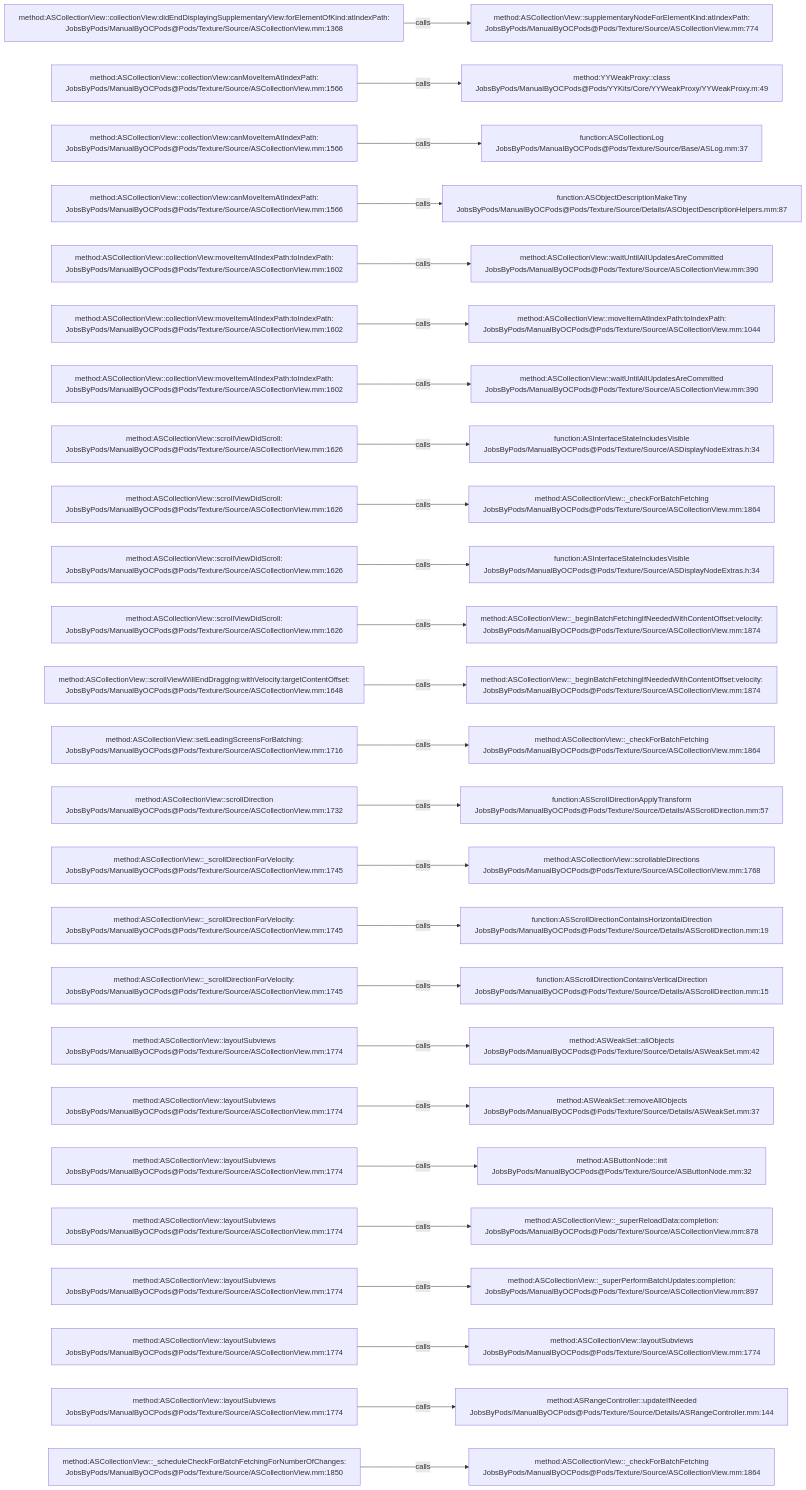
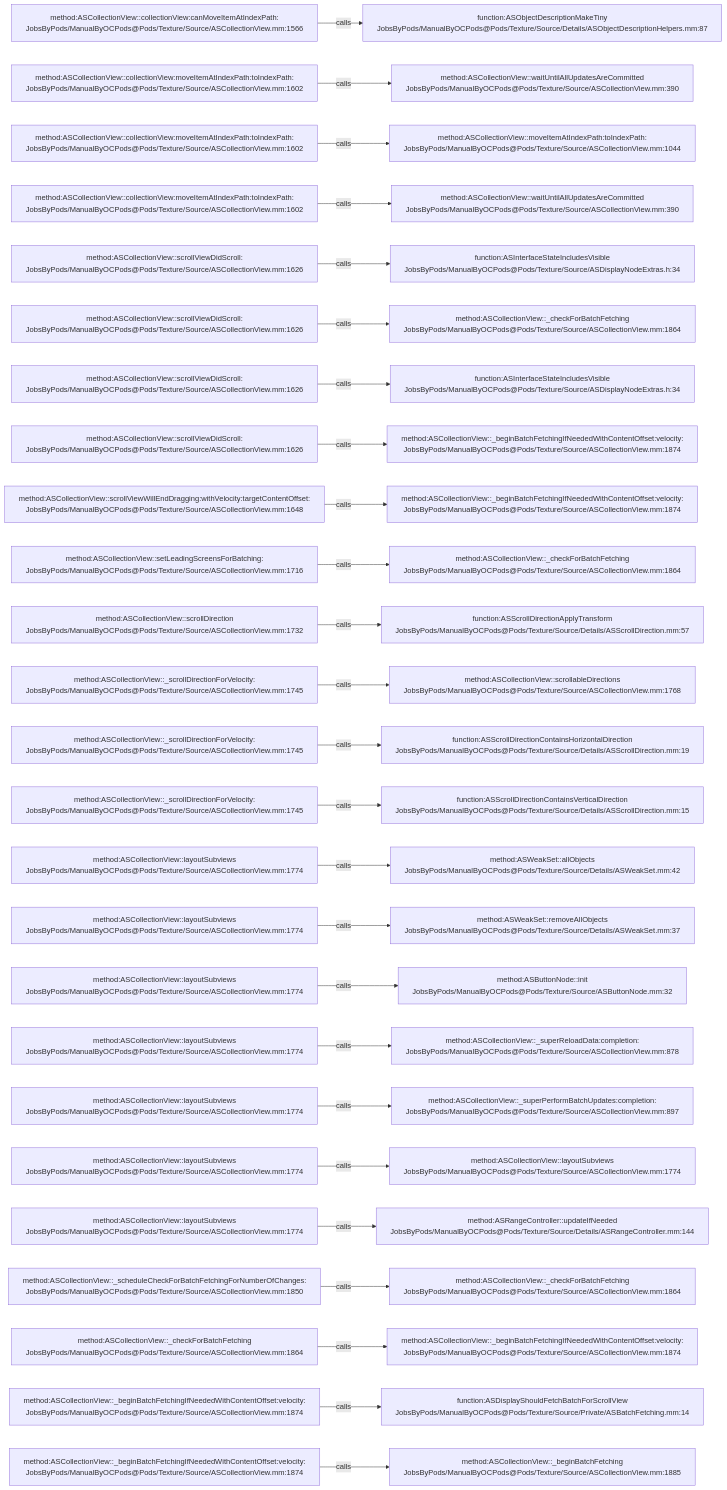
Before and after one commit to JobsKits/JobsOCBaseConfigDemo: the diagram in .codegraph/codegraph.md/graphs/calls-084.md, drawn with Mermaid. The commit also changed 342 other files, not shown here.

````diff
--- a/.codegraph/codegraph.md/graphs/calls-084.md
+++ b/.codegraph/codegraph.md/graphs/calls-084.md
@@ -13,78 +13,78 @@
 ```mermaid
 flowchart LR
-  S1["method:ASCollectionView::collectionView:didEndDisplayingSupplementaryView:forElementOfKind:atIndexPath:<br/>JobsByPods/ManualByOCPods@Pods/Texture/Source/ASCollectionView.mm:1368"]
-  T1["method:ASCollectionView::supplementaryNodeForElementKind:atIndexPath:<br/>JobsByPods/ManualByOCPods@Pods/Texture/Source/ASCollectionView.mm:774"]
+  S1["method:ASCollectionView::collectionView:canMoveItemAtIndexPath:<br/>JobsByPods/ManualByOCPods@Pods/Texture/Source/ASCollectionView.mm:1566"]
+  T1["function:ASObjectDescriptionMakeTiny<br/>JobsByPods/ManualByOCPods@Pods/Texture/Source/Details/ASObjectDescriptionHelpers.mm:87"]
   S1 -->|calls| T1
-  S2["method:ASCollectionView::collectionView:canMoveItemAtIndexPath:<br/>JobsByPods/ManualByOCPods@Pods/Texture/Source/ASCollectionView.mm:1566"]
-  T2["method:YYWeakProxy::class<br/>JobsByPods/ManualByOCPods@Pods/YYKits/Core/YYWeakProxy/YYWeakProxy.m:49"]
+  S2["method:ASCollectionView::collectionView:moveItemAtIndexPath:toIndexPath:<br/>JobsByPods/ManualByOCPods@Pods/Texture/Source/ASCollectionView.mm:1602"]
+  T2["method:ASCollectionView::waitUntilAllUpdatesAreCommitted<br/>JobsByPods/ManualByOCPods@Pods/Texture/Source/ASCollectionView.mm:390"]
   S2 -->|calls| T2
-  S3["method:ASCollectionView::collectionView:canMoveItemAtIndexPath:<br/>JobsByPods/ManualByOCPods@Pods/Texture/Source/ASCollectionView.mm:1566"]
-  T3["function:ASCollectionLog<br/>JobsByPods/ManualByOCPods@Pods/Texture/Source/Base/ASLog.mm:37"]
+  S3["method:ASCollectionView::collectionView:moveItemAtIndexPath:toIndexPath:<br/>JobsByPods/ManualByOCPods@Pods/Texture/Source/ASCollectionView.mm:1602"]
+  T3["method:ASCollectionView::moveItemAtIndexPath:toIndexPath:<br/>JobsByPods/ManualByOCPods@Pods/Texture/Source/ASCollectionView.mm:1044"]
   S3 -->|calls| T3
-  S4["method:ASCollectionView::collectionView:canMoveItemAtIndexPath:<br/>JobsByPods/ManualByOCPods@Pods/Texture/Source/ASCollectionView.mm:1566"]
-  T4["function:ASObjectDescriptionMakeTiny<br/>JobsByPods/ManualByOCPods@Pods/Texture/Source/Details/ASObjectDescriptionHelpers.mm:87"]
+  S4["method:ASCollectionView::collectionView:moveItemAtIndexPath:toIndexPath:<br/>JobsByPods/ManualByOCPods@Pods/Texture/Source/ASCollectionView.mm:1602"]
+  T4["method:ASCollectionView::waitUntilAllUpdatesAreCommitted<br/>JobsByPods/ManualByOCPods@Pods/Texture/Source/ASCollectionView.mm:390"]
   S4 -->|calls| T4
-  S5["method:ASCollectionView::collectionView:moveItemAtIndexPath:toIndexPath:<br/>JobsByPods/ManualByOCPods@Pods/Texture/Source/ASCollectionView.mm:1602"]
-  T5["method:ASCollectionView::waitUntilAllUpdatesAreCommitted<br/>JobsByPods/ManualByOCPods@Pods/Texture/Source/ASCollectionView.mm:390"]
+  S5["method:ASCollectionView::scrollViewDidScroll:<br/>JobsByPods/ManualByOCPods@Pods/Texture/Source/ASCollectionView.mm:1626"]
+  T5["function:ASInterfaceStateIncludesVisible<br/>JobsByPods/ManualByOCPods@Pods/Texture/Source/ASDisplayNodeExtras.h:34"]
   S5 -->|calls| T5
-  S6["method:ASCollectionView::collectionView:moveItemAtIndexPath:toIndexPath:<br/>JobsByPods/ManualByOCPods@Pods/Texture/Source/ASCollectionView.mm:1602"]
-  T6["method:ASCollectionView::moveItemAtIndexPath:toIndexPath:<br/>JobsByPods/ManualByOCPods@Pods/Texture/Source/ASCollectionView.mm:1044"]
+  S6["method:ASCollectionView::scrollViewDidScroll:<br/>JobsByPods/ManualByOCPods@Pods/Texture/Source/ASCollectionView.mm:1626"]
+  T6["method:ASCollectionView::_checkForBatchFetching<br/>JobsByPods/ManualByOCPods@Pods/Texture/Source/ASCollectionView.mm:1864"]
   S6 -->|calls| T6
-  S7["method:ASCollectionView::collectionView:moveItemAtIndexPath:toIndexPath:<br/>JobsByPods/ManualByOCPods@Pods/Texture/Source/ASCollectionView.mm:1602"]
-  T7["method:ASCollectionView::waitUntilAllUpdatesAreCommitted<br/>JobsByPods/ManualByOCPods@Pods/Texture/Source/ASCollectionView.mm:390"]
+  S7["method:ASCollectionView::scrollViewDidScroll:<br/>JobsByPods/ManualByOCPods@Pods/Texture/Source/ASCollectionView.mm:1626"]
+  T7["function:ASInterfaceStateIncludesVisible<br/>JobsByPods/ManualByOCPods@Pods/Texture/Source/ASDisplayNodeExtras.h:34"]
   S7 -->|calls| T7
   S8["method:ASCollectionView::scrollViewDidScroll:<br/>JobsByPods/ManualByOCPods@Pods/Texture/Source/ASCollectionView.mm:1626"]
-  T8["function:ASInterfaceStateIncludesVisible<br/>JobsByPods/ManualByOCPods@Pods/Texture/Source/ASDisplayNodeExtras.h:34"]
+  T8["method:ASCollectionView::_beginBatchFetchingIfNeededWithContentOffset:velocity:<br/>JobsByPods/ManualByOCPods@Pods/Texture/Source/ASCollectionView.mm:1874"]
   S8 -->|calls| T8
-  S9["method:ASCollectionView::scrollViewDidScroll:<br/>JobsByPods/ManualByOCPods@Pods/Texture/Source/ASCollectionView.mm:1626"]
-  T9["method:ASCollectionView::_checkForBatchFetching<br/>JobsByPods/ManualByOCPods@Pods/Texture/Source/ASCollectionView.mm:1864"]
+  S9["method:ASCollectionView::scrollViewWillEndDragging:withVelocity:targetContentOffset:<br/>JobsByPods/ManualByOCPods@Pods/Texture/Source/ASCollectionView.mm:1648"]
+  T9["method:ASCollectionView::_beginBatchFetchingIfNeededWithContentOffset:velocity:<br/>JobsByPods/ManualByOCPods@Pods/Texture/Source/ASCollectionView.mm:1874"]
   S9 -->|calls| T9
-  S10["method:ASCollectionView::scrollViewDidScroll:<br/>JobsByPods/ManualByOCPods@Pods/Texture/Source/ASCollectionView.mm:1626"]
-  T10["function:ASInterfaceStateIncludesVisible<br/>JobsByPods/ManualByOCPods@Pods/Texture/Source/ASDisplayNodeExtras.h:34"]
+  S10["method:ASCollectionView::setLeadingScreensForBatching:<br/>JobsByPods/ManualByOCPods@Pods/Texture/Source/ASCollectionView.mm:1716"]
+  T10["method:ASCollectionView::_checkForBatchFetching<br/>JobsByPods/ManualByOCPods@Pods/Texture/Source/ASCollectionView.mm:1864"]
   S10 -->|calls| T10
-  S11["method:ASCollectionView::scrollViewDidScroll:<br/>JobsByPods/ManualByOCPods@Pods/Texture/Source/ASCollectionView.mm:1626"]
-  T11["method:ASCollectionView::_beginBatchFetchingIfNeededWithContentOffset:velocity:<br/>JobsByPods/ManualByOCPods@Pods/Texture/Source/ASCollectionView.mm:1874"]
+  S11["method:ASCollectionView::scrollDirection<br/>JobsByPods/ManualByOCPods@Pods/Texture/Source/ASCollectionView.mm:1732"]
+  T11["function:ASScrollDirectionApplyTransform<br/>JobsByPods/ManualByOCPods@Pods/Texture/Source/Details/ASScrollDirection.mm:57"]
   S11 -->|calls| T11
-  S12["method:ASCollectionView::scrollViewWillEndDragging:withVelocity:targetContentOffset:<br/>JobsByPods/ManualByOCPods@Pods/Texture/Source/ASCollectionView.mm:1648"]
-  T12["method:ASCollectionView::_beginBatchFetchingIfNeededWithContentOffset:velocity:<br/>JobsByPods/ManualByOCPods@Pods/Texture/Source/ASCollectionView.mm:1874"]
+  S12["method:ASCollectionView::_scrollDirectionForVelocity:<br/>JobsByPods/ManualByOCPods@Pods/Texture/Source/ASCollectionView.mm:1745"]
+  T12["method:ASCollectionView::scrollableDirections<br/>JobsByPods/ManualByOCPods@Pods/Texture/Source/ASCollectionView.mm:1768"]
   S12 -->|calls| T12
-  S13["method:ASCollectionView::setLeadingScreensForBatching:<br/>JobsByPods/ManualByOCPods@Pods/Texture/Source/ASCollectionView.mm:1716"]
-  T13["method:ASCollectionView::_checkForBatchFetching<br/>JobsByPods/ManualByOCPods@Pods/Texture/Source/ASCollectionView.mm:1864"]
+  S13["method:ASCollectionView::_scrollDirectionForVelocity:<br/>JobsByPods/ManualByOCPods@Pods/Texture/Source/ASCollectionView.mm:1745"]
+  T13["function:ASScrollDirectionContainsHorizontalDirection<br/>JobsByPods/ManualByOCPods@Pods/Texture/Source/Details/ASScrollDirection.mm:19"]
   S13 -->|calls| T13
-  S14["method:ASCollectionView::scrollDirection<br/>JobsByPods/ManualByOCPods@Pods/Texture/Source/ASCollectionView.mm:1732"]
-  T14["function:ASScrollDirectionApplyTransform<br/>JobsByPods/ManualByOCPods@Pods/Texture/Source/Details/ASScrollDirection.mm:57"]
+  S14["method:ASCollectionView::_scrollDirectionForVelocity:<br/>JobsByPods/ManualByOCPods@Pods/Texture/Source/ASCollectionView.mm:1745"]
+  T14["function:ASScrollDirectionContainsVerticalDirection<br/>JobsByPods/ManualByOCPods@Pods/Texture/Source/Details/ASScrollDirection.mm:15"]
   S14 -->|calls| T14
-  S15["method:ASCollectionView::_scrollDirectionForVelocity:<br/>JobsByPods/ManualByOCPods@Pods/Texture/Source/ASCollectionView.mm:1745"]
-  T15["method:ASCollectionView::scrollableDirections<br/>JobsByPods/ManualByOCPods@Pods/Texture/Source/ASCollectionView.mm:1768"]
+  S15["method:ASCollectionView::layoutSubviews<br/>JobsByPods/ManualByOCPods@Pods/Texture/Source/ASCollectionView.mm:1774"]
+  T15["method:ASWeakSet::allObjects<br/>JobsByPods/ManualByOCPods@Pods/Texture/Source/Details/ASWeakSet.mm:42"]
   S15 -->|calls| T15
-  S16["method:ASCollectionView::_scrollDirectionForVelocity:<br/>JobsByPods/ManualByOCPods@Pods/Texture/Source/ASCollectionView.mm:1745"]
-  T16["function:ASScrollDirectionContainsHorizontalDirection<br/>JobsByPods/ManualByOCPods@Pods/Texture/Source/Details/ASScrollDirection.mm:19"]
+  S16["method:ASCollectionView::layoutSubviews<br/>JobsByPods/ManualByOCPods@Pods/Texture/Source/ASCollectionView.mm:1774"]
+  T16["method:ASWeakSet::removeAllObjects<br/>JobsByPods/ManualByOCPods@Pods/Texture/Source/Details/ASWeakSet.mm:37"]
   S16 -->|calls| T16
-  S17["method:ASCollectionView::_scrollDirectionForVelocity:<br/>JobsByPods/ManualByOCPods@Pods/Texture/Source/ASCollectionView.mm:1745"]
-  T17["function:ASScrollDirectionContainsVerticalDirection<br/>JobsByPods/ManualByOCPods@Pods/Texture/Source/Details/ASScrollDirection.mm:15"]
+  S17["method:ASCollectionView::layoutSubviews<br/>JobsByPods/ManualByOCPods@Pods/Texture/Source/ASCollectionView.mm:1774"]
+  T17["method:ASButtonNode::init<br/>JobsByPods/ManualByOCPods@Pods/Texture/Source/ASButtonNode.mm:32"]
   S17 -->|calls| T17
   S18["method:ASCollectionView::layoutSubviews<br/>JobsByPods/ManualByOCPods@Pods/Texture/Source/ASCollectionView.mm:1774"]
-  T18["method:ASWeakSet::allObjects<br/>JobsByPods/ManualByOCPods@Pods/Texture/Source/Details/ASWeakSet.mm:42"]
+  T18["method:ASCollectionView::_superReloadData:completion:<br/>JobsByPods/ManualByOCPods@Pods/Texture/Source/ASCollectionView.mm:878"]
   S18 -->|calls| T18
   S19["method:ASCollectionView::layoutSubviews<br/>JobsByPods/ManualByOCPods@Pods/Texture/Source/ASCollectionView.mm:1774"]
-  T19["method:ASWeakSet::removeAllObjects<br/>JobsByPods/ManualByOCPods@Pods/Texture/Source/Details/ASWeakSet.mm:37"]
+  T19["method:ASCollectionView::_superPerformBatchUpdates:completion:<br/>JobsByPods/ManualByOCPods@Pods/Texture/Source/ASCollectionView.mm:897"]
   S19 -->|calls| T19
   S20["method:ASCollectionView::layoutSubviews<br/>JobsByPods/ManualByOCPods@Pods/Texture/Source/ASCollectionView.mm:1774"]
-  T20["method:ASButtonNode::init<br/>JobsByPods/ManualByOCPods@Pods/Texture/Source/ASButtonNode.mm:32"]
+  T20["method:ASCollectionView::layoutSubviews<br/>JobsByPods/ManualByOCPods@Pods/Texture/Source/ASCollectionView.mm:1774"]
   S20 -->|calls| T20
   S21["method:ASCollectionView::layoutSubviews<br/>JobsByPods/ManualByOCPods@Pods/Texture/Source/ASCollectionView.mm:1774"]
-  T21["method:ASCollectionView::_superReloadData:completion:<br/>JobsByPods/ManualByOCPods@Pods/Texture/Source/ASCollectionView.mm:878"]
+  T21["method:ASRangeController::updateIfNeeded<br/>JobsByPods/ManualByOCPods@Pods/Texture/Source/Details/ASRangeController.mm:144"]
   S21 -->|calls| T21
-  S22["method:ASCollectionView::layoutSubviews<br/>JobsByPods/ManualByOCPods@Pods/Texture/Source/ASCollectionView.mm:1774"]
-  T22["method:ASCollectionView::_superPerformBatchUpdates:completion:<br/>JobsByPods/ManualByOCPods@Pods/Texture/Source/ASCollectionView.mm:897"]
+  S22["method:ASCollectionView::_scheduleCheckForBatchFetchingForNumberOfChanges:<br/>JobsByPods/ManualByOCPods@Pods/Texture/Source/ASCollectionView.mm:1850"]
+  T22["method:ASCollectionView::_checkForBatchFetching<br/>JobsByPods/ManualByOCPods@Pods/Texture/Source/ASCollectionView.mm:1864"]
   S22 -->|calls| T22
-  S23["method:ASCollectionView::layoutSubviews<br/>JobsByPods/ManualByOCPods@Pods/Texture/Source/ASCollectionView.mm:1774"]
-  T23["method:ASCollectionView::layoutSubviews<br/>JobsByPods/ManualByOCPods@Pods/Texture/Source/ASCollectionView.mm:1774"]
+  S23["method:ASCollectionView::_checkForBatchFetching<br/>JobsByPods/ManualByOCPods@Pods/Texture/Source/ASCollectionView.mm:1864"]
+  T23["method:ASCollectionView::_beginBatchFetchingIfNeededWithContentOffset:velocity:<br/>JobsByPods/ManualByOCPods@Pods/Texture/Source/ASCollectionView.mm:1874"]
   S23 -->|calls| T23
-  S24["method:ASCollectionView::layoutSubviews<br/>JobsByPods/ManualByOCPods@Pods/Texture/Source/ASCollectionView.mm:1774"]
-  T24["method:ASRangeController::updateIfNeeded<br/>JobsByPods/ManualByOCPods@Pods/Texture/Source/Details/ASRangeController.mm:144"]
+  S24["method:ASCollectionView::_beginBatchFetchingIfNeededWithContentOffset:velocity:<br/>JobsByPods/ManualByOCPods@Pods/Texture/Source/ASCollectionView.mm:1874"]
+  T24["function:ASDisplayShouldFetchBatchForScrollView<br/>JobsByPods/ManualByOCPods@Pods/Texture/Source/Private/ASBatchFetching.mm:14"]
   S24 -->|calls| T24
-  S25["method:ASCollectionView::_scheduleCheckForBatchFetchingForNumberOfChanges:<br/>JobsByPods/ManualByOCPods@Pods/Texture/Source/ASCollectionView.mm:1850"]
-  T25["method:ASCollectionView::_checkForBatchFetching<br/>JobsByPods/ManualByOCPods@Pods/Texture/Source/ASCollectionView.mm:1864"]
+  S25["method:ASCollectionView::_beginBatchFetchingIfNeededWithContentOffset:velocity:<br/>JobsByPods/ManualByOCPods@Pods/Texture/Source/ASCollectionView.mm:1874"]
+  T25["method:ASCollectionView::_beginBatchFetching<br/>JobsByPods/ManualByOCPods@Pods/Texture/Source/ASCollectionView.mm:1885"]
   S25 -->|calls| T25
 ```
````
